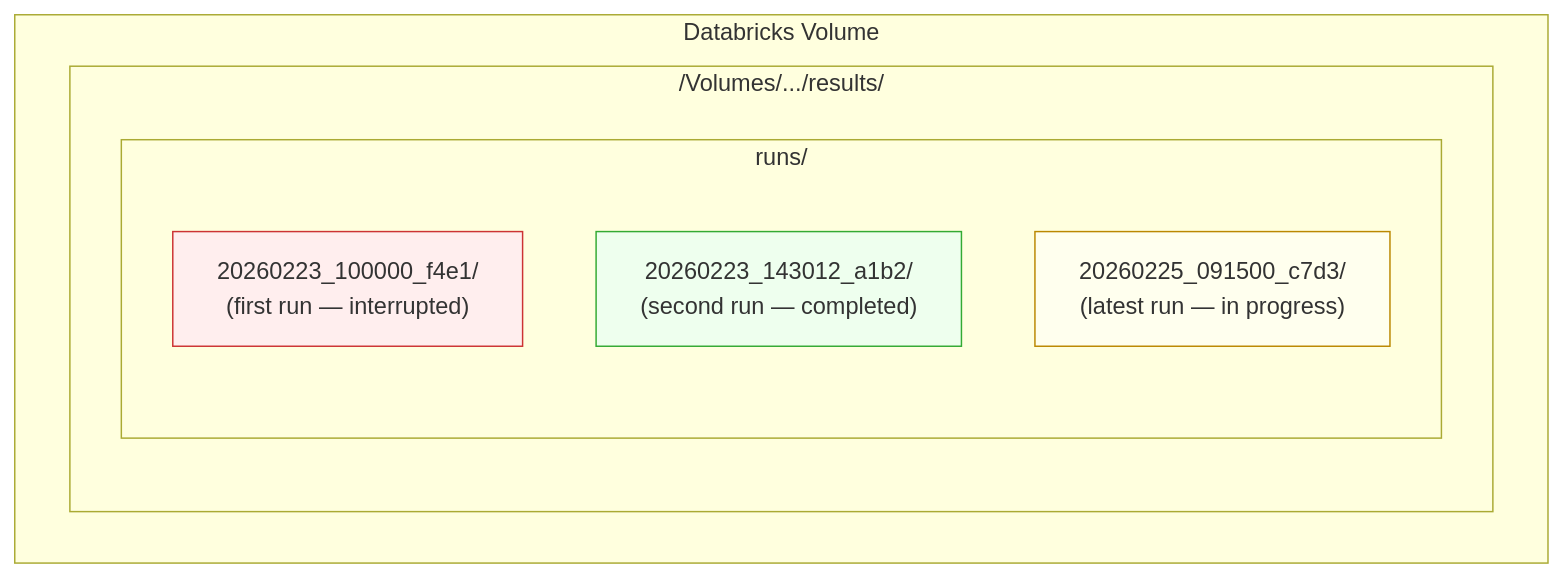
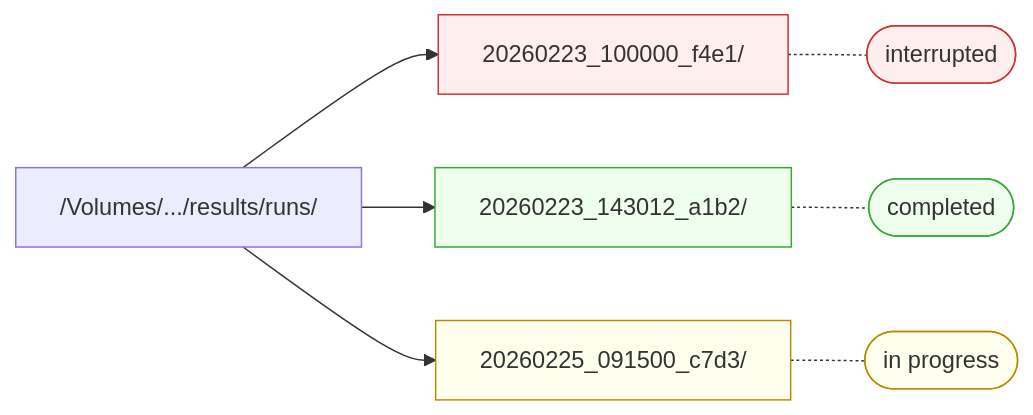
One commit to jweinberg-a2a/versifai-data-agents changed the second of 9 diagrams in docs/run-management.md. Above: the diagram before and after it, drawn with Mermaid. The commit also changed other lines of this file and 4 other files, not shown here.

Commit message:
diagrams fixed

````diff
--- a/docs/run-management.md
+++ b/docs/run-management.md
@@ -92,16 +92,17 @@
 ```mermaid
-flowchart TD
-    subgraph volume["Databricks Volume"]
-        subgraph results["/Volumes/.../results/"]
-            subgraph runs["runs/"]
-                RUN1["20260223_100000_f4e1/<br>(first run — interrupted)"]
-                RUN2["20260223_143012_a1b2/<br>(second run — completed)"]
-                RUN3["20260225_091500_c7d3/<br>(latest run — in progress)"]
-            end
-        end
-    end
+flowchart LR
+    VOL["/Volumes/.../results/runs/"] --> RUN1["20260223_100000_f4e1/"]
+    VOL --> RUN2["20260223_143012_a1b2/"]
+    VOL --> RUN3["20260225_091500_c7d3/"]
+
+    RUN1 -.- S1(["interrupted"])
+    RUN2 -.- S2(["completed"])
+    RUN3 -.- S3(["in progress"])
 
     style RUN1 fill:#fee,stroke:#c33
     style RUN2 fill:#efe,stroke:#3a3
     style RUN3 fill:#ffe,stroke:#b80
+    style S1 fill:#fee,stroke:#c33
+    style S2 fill:#efe,stroke:#3a3
+    style S3 fill:#ffe,stroke:#b80
 ```
````
